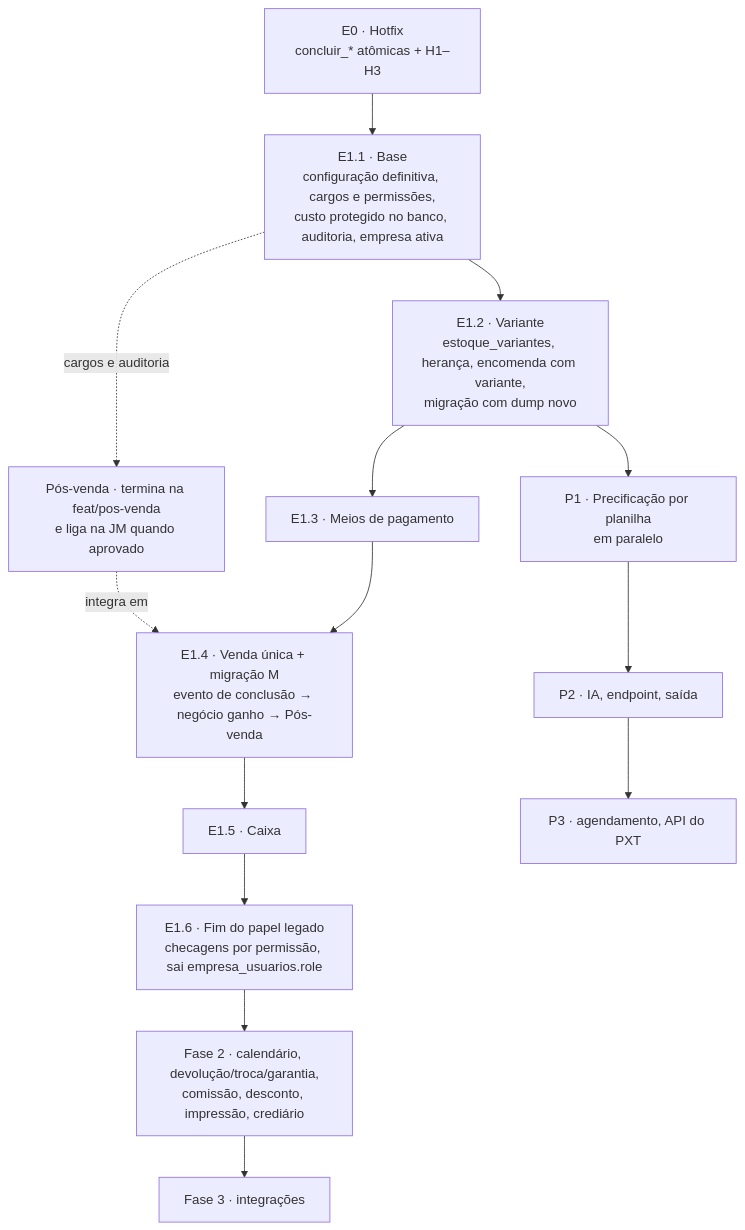
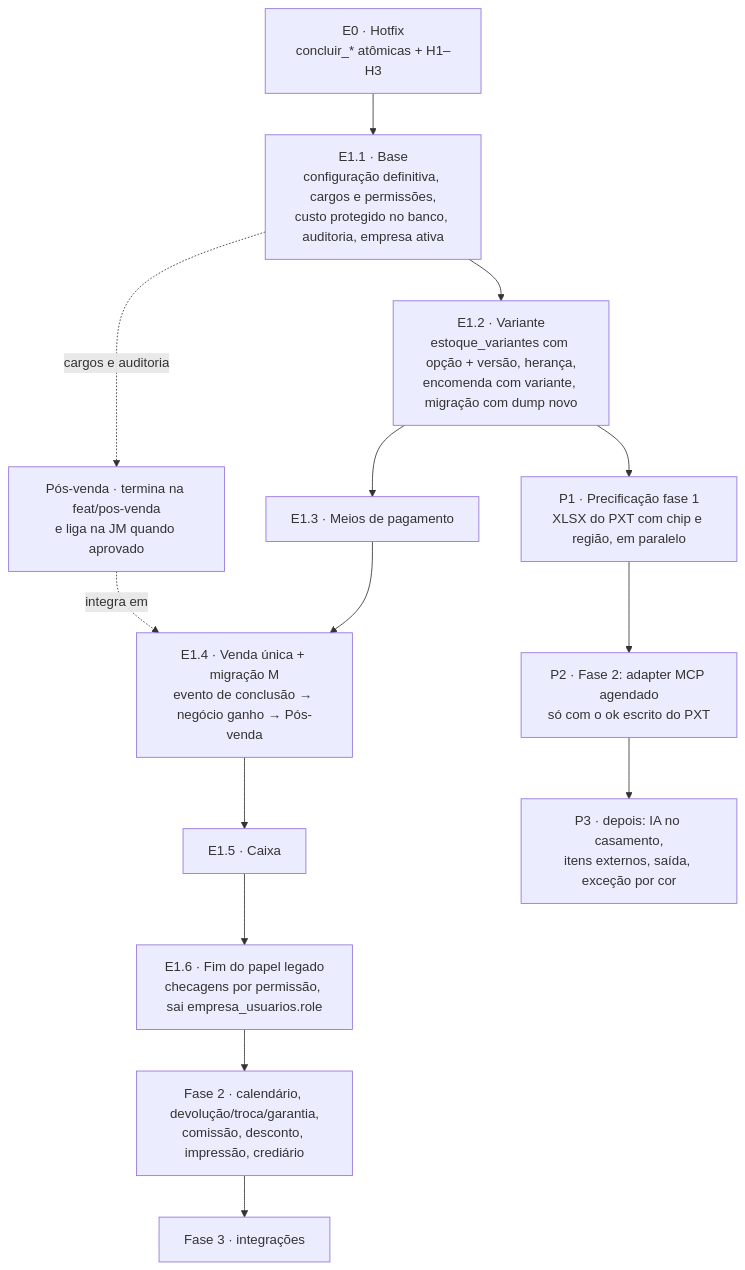
The diagram in docs/roteiro-reconstrucao.md (ramponi19/crm-saas), drawn with Mermaid before and after one commit. The commit also changed other lines of this file and 2 other files, not shown here.

Commit message:
docs: 1.2 revisao 2 (variante com opcao + versao, cor agregada com preco por cor pendente) e plano da precificacao por fornecedores (fase 1 XLSX do PXT com chip e regiao; fase 2 adapter MCP condicionado ao ok escrito do PXT); roteiro so nos trechos da 1.2 e da precificacao

````diff
--- a/docs/roteiro-reconstrucao.md
+++ b/docs/roteiro-reconstrucao.md
@@ -43,15 +43,15 @@
 ```mermaid
 flowchart TD
     E0[E0 · Hotfix<br/>concluir_* atômicas + H1–H3] --> E11
     E11[E1.1 · Base<br/>configuração definitiva, cargos e permissões,<br/>custo protegido no banco, auditoria, empresa ativa] --> E12
-    E12[E1.2 · Variante<br/>estoque_variantes, herança, encomenda com variante,<br/>migração com dump novo] --> E13
+    E12[E1.2 · Variante<br/>estoque_variantes com opção + versão, herança,<br/>encomenda com variante, migração com dump novo] --> E13
     E13[E1.3 · Meios de pagamento] --> E14
     E14[E1.4 · Venda única + migração M<br/>evento de conclusão → negócio ganho → Pós-venda] --> E15
     E15[E1.5 · Caixa] --> E16
     E16[E1.6 · Fim do papel legado<br/>checagens por permissão, sai empresa_usuarios.role] --> F2
     F2[Fase 2 · calendário, devolução/troca/garantia,<br/>comissão, desconto, impressão, crediário] --> F3[Fase 3 · integrações]
-    E12 --> P1[P1 · Precificação por planilha<br/>em paralelo]
-    P1 --> P2[P2 · IA, endpoint, saída] --> P3[P3 · agendamento, API do PXT]
+    E12 --> P1[P1 · Precificação fase 1<br/>XLSX do PXT com chip e região, em paralelo]
+    P1 --> P2[P2 · Fase 2: adapter MCP agendado<br/>só com o ok escrito do PXT] --> P3[P3 · depois: IA no casamento,<br/>itens externos, saída, exceção por cor]
     PV[Pós-venda · termina na feat/pos-venda<br/>e liga na JM quando aprovado] -. integra em .-> E14
     E11 -. cargos e auditoria .-> PV
 ```
````
